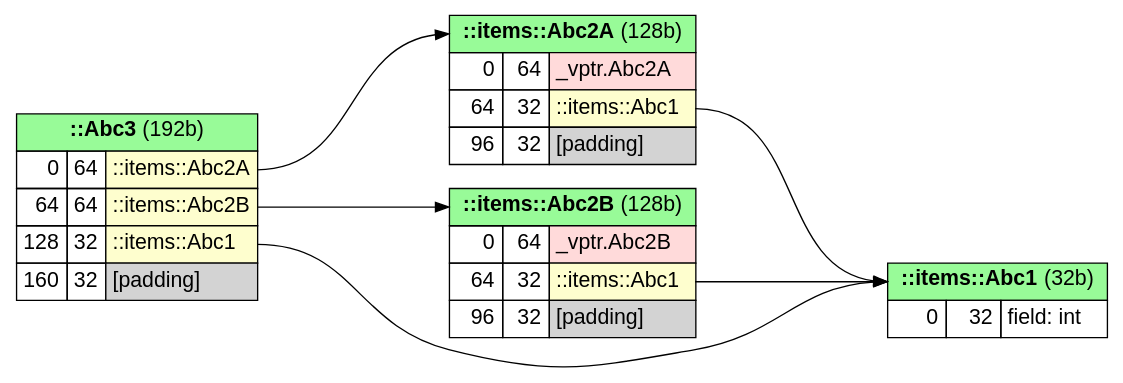
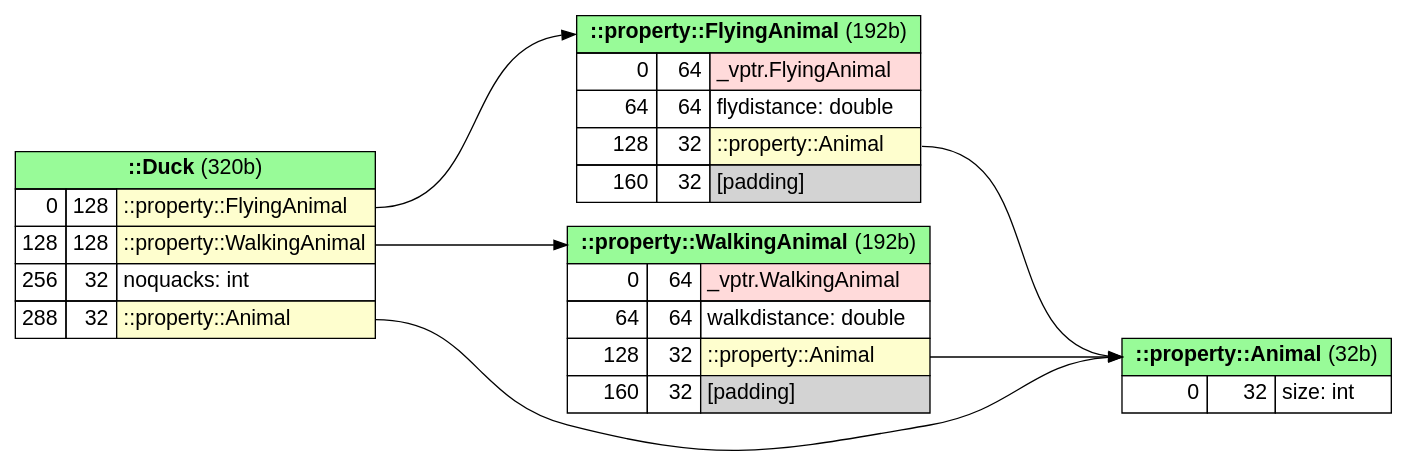
Before and after one commit to anetczuk/gcc-uml: the diagram in examples/inheritgraph/inherit_diamond2.cpp.memlay.dot, drawn with Graphviz. The commit also changed 8 other files, not shown here.

```diff
--- a/examples/inheritgraph/inherit_diamond2.cpp.memlay.dot
+++ b/examples/inheritgraph/inherit_diamond2.cpp.memlay.dot
@@ -1,73 +1,75 @@
 digraph memory_layout {
 
 fontname="Helvetica,Arial,sans-serif"
 node [fontname="Helvetica,Arial,sans-serif"]
 edge [fontname="Helvetica,Arial,sans-serif"]
 
 graph [
     rankdir = "LR"
 ];
 node [
     fontsize = "16"
     shape = "record"
 ];
 
 ranksep = 2
 
 
 # items subgraph
 {
 
-    "-Abc3" [
+    "-Duck" [
         shape=plain
         label=
         <<table border="0" cellborder="1" cellspacing="0" cellpadding="4">
-            <tr> <td colspan="3" bgcolor="PaleGreen" port='-1'> <b>::Abc3</b>  (192b)</td> </tr>
-            <tr> <td align="right" port='in_0'>0</td> <td align="right">64</td> <td align="left" bgcolor='#FEFECE' port='out_0'>::items::Abc2A</td> </tr>
-            <tr> <td align="right" port='in_1'>64</td> <td align="right">64</td> <td align="left" bgcolor='#FEFECE' port='out_1'>::items::Abc2B</td> </tr>
-            <tr> <td align="right" port='in_2'>128</td> <td align="right">32</td> <td align="left" bgcolor='#FEFECE' port='out_2'>::items::Abc1</td> </tr>
+            <tr> <td colspan="3" bgcolor="PaleGreen" port='-1'> <b>::Duck</b>  (320b)</td> </tr>
+            <tr> <td align="right" port='in_0'>0</td> <td align="right">128</td> <td align="left" bgcolor='#FEFECE' port='out_0'>::property::FlyingAnimal</td> </tr>
+            <tr> <td align="right" port='in_1'>128</td> <td align="right">128</td> <td align="left" bgcolor='#FEFECE' port='out_1'>::property::WalkingAnimal</td> </tr>
+            <tr> <td align="right" port='in_2'>256</td> <td align="right">32</td> <td align="left" port='out_2'>noquacks: int</td> </tr>
+            <tr> <td align="right" port='in_3'>288</td> <td align="right">32</td> <td align="left" bgcolor='#FEFECE' port='out_3'>::property::Animal</td> </tr>
+        </table>>
+    ]
+
+    "-property-WalkingAnimal" [
+        shape=plain
+        label=
+        <<table border="0" cellborder="1" cellspacing="0" cellpadding="4">
+            <tr> <td colspan="3" bgcolor="PaleGreen" port='-1'> <b>::property::WalkingAnimal</b>  (192b)</td> </tr>
+            <tr> <td align="right" port='in_0'>0</td> <td align="right">64</td> <td align="left" bgcolor='#ffdada' port='out_0'>_vptr.WalkingAnimal</td> </tr>
+            <tr> <td align="right" port='in_1'>64</td> <td align="right">64</td> <td align="left" port='out_1'>walkdistance: double</td> </tr>
+            <tr> <td align="right" port='in_2'>128</td> <td align="right">32</td> <td align="left" bgcolor='#FEFECE' port='out_2'>::property::Animal</td> </tr>
             <tr> <td align="right" port='in_3'>160</td> <td align="right">32</td> <td align="left" bgcolor='lightgray' port='out_3'>[padding]</td> </tr>
         </table>>
     ]
 
-    "-items-Abc2B" [
+    "-property-FlyingAnimal" [
         shape=plain
         label=
         <<table border="0" cellborder="1" cellspacing="0" cellpadding="4">
-            <tr> <td colspan="3" bgcolor="PaleGreen" port='-1'> <b>::items::Abc2B</b>  (128b)</td> </tr>
-            <tr> <td align="right" port='in_0'>0</td> <td align="right">64</td> <td align="left" bgcolor='#ffdada' port='out_0'>_vptr.Abc2B</td> </tr>
-            <tr> <td align="right" port='in_1'>64</td> <td align="right">32</td> <td align="left" bgcolor='#FEFECE' port='out_1'>::items::Abc1</td> </tr>
-            <tr> <td align="right" port='in_2'>96</td> <td align="right">32</td> <td align="left" bgcolor='lightgray' port='out_2'>[padding]</td> </tr>
+            <tr> <td colspan="3" bgcolor="PaleGreen" port='-1'> <b>::property::FlyingAnimal</b>  (192b)</td> </tr>
+            <tr> <td align="right" port='in_0'>0</td> <td align="right">64</td> <td align="left" bgcolor='#ffdada' port='out_0'>_vptr.FlyingAnimal</td> </tr>
+            <tr> <td align="right" port='in_1'>64</td> <td align="right">64</td> <td align="left" port='out_1'>flydistance: double</td> </tr>
+            <tr> <td align="right" port='in_2'>128</td> <td align="right">32</td> <td align="left" bgcolor='#FEFECE' port='out_2'>::property::Animal</td> </tr>
+            <tr> <td align="right" port='in_3'>160</td> <td align="right">32</td> <td align="left" bgcolor='lightgray' port='out_3'>[padding]</td> </tr>
         </table>>
     ]
 
-    "-items-Abc2A" [
+    "-property-Animal" [
         shape=plain
         label=
         <<table border="0" cellborder="1" cellspacing="0" cellpadding="4">
-            <tr> <td colspan="3" bgcolor="PaleGreen" port='-1'> <b>::items::Abc2A</b>  (128b)</td> </tr>
-            <tr> <td align="right" port='in_0'>0</td> <td align="right">64</td> <td align="left" bgcolor='#ffdada' port='out_0'>_vptr.Abc2A</td> </tr>
-            <tr> <td align="right" port='in_1'>64</td> <td align="right">32</td> <td align="left" bgcolor='#FEFECE' port='out_1'>::items::Abc1</td> </tr>
-            <tr> <td align="right" port='in_2'>96</td> <td align="right">32</td> <td align="left" bgcolor='lightgray' port='out_2'>[padding]</td> </tr>
-        </table>>
-    ]
-
-    "-items-Abc1" [
-        shape=plain
-        label=
-        <<table border="0" cellborder="1" cellspacing="0" cellpadding="4">
-            <tr> <td colspan="3" bgcolor="PaleGreen" port='-1'> <b>::items::Abc1</b>  (32b)</td> </tr>
-            <tr> <td align="right" port='in_0'>0</td> <td align="right">32</td> <td align="left" port='out_0'>field: int</td> </tr>
+            <tr> <td colspan="3" bgcolor="PaleGreen" port='-1'> <b>::property::Animal</b>  (32b)</td> </tr>
+            <tr> <td align="right" port='in_0'>0</td> <td align="right">32</td> <td align="left" port='out_0'>size: int</td> </tr>
         </table>>
     ]
 
 
-    "-Abc3":"out_0" -> "-items-Abc2A":"-1"
-    "-Abc3":"out_1" -> "-items-Abc2B":"-1"
-    "-Abc3":"out_2" -> "-items-Abc1":"-1"
-    "-items-Abc2B":"out_1" -> "-items-Abc1":"-1"
-    "-items-Abc2A":"out_1" -> "-items-Abc1":"-1"
+    "-Duck":"out_0" -> "-property-FlyingAnimal":"-1"
+    "-Duck":"out_1" -> "-property-WalkingAnimal":"-1"
+    "-Duck":"out_3" -> "-property-Animal":"-1"
+    "-property-WalkingAnimal":"out_2" -> "-property-Animal":"-1"
+    "-property-FlyingAnimal":"out_2" -> "-property-Animal":"-1"
 
 }  # end of items subgraph
 
 }  # end of graph
```
